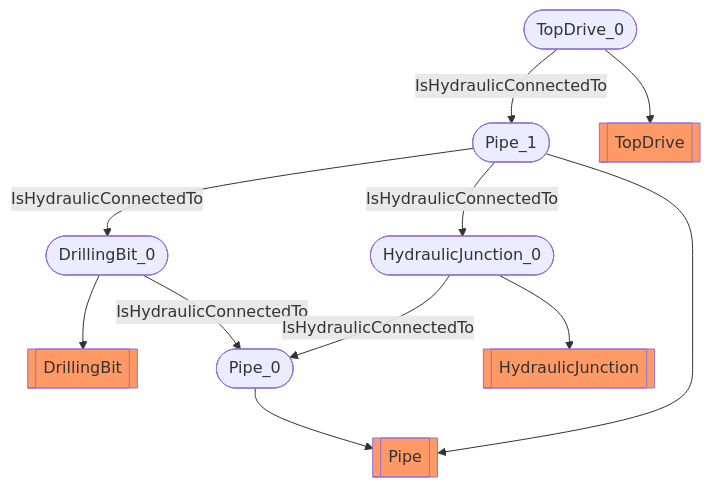
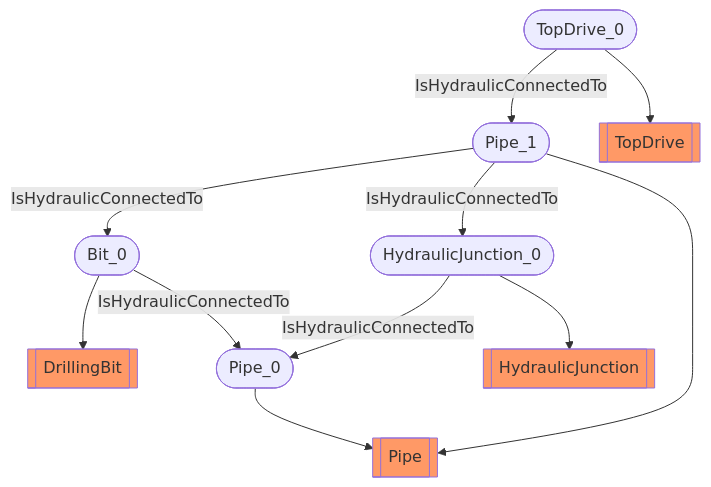
One commit to D-WIS/DDHub-Semantic-Interoperability changed the diagram in docs/vocabulary_development/auto-generated/md/examples/Sub-Surface Hydraulic Circuit.md. Above: the diagram before and after it, drawn with Mermaid. The commit also changed other lines of this file and 36 other files, not shown here.

````diff
--- a/docs/vocabulary_development/auto-generated/md/examples/Sub-Surface Hydraulic Circuit.md
+++ b/docs/vocabulary_development/auto-generated/md/examples/Sub-Surface Hydraulic Circuit.md
@@ -12,15 +12,15 @@
 ```mermaid
 flowchart TD
 	 classDef typeClass fill:#f96;
 	 classDef classClass fill:#9dd0ff;
-	DrillingBit_0([DrillingBit_0]) --> DrillingBit[[DrillingBit]]:::typeClass
+	Bit_0([Bit_0]) --> DrillingBit[[DrillingBit]]:::typeClass
 	Pipe_0([Pipe_0]) --> Pipe[[Pipe]]:::typeClass
 	Pipe_1([Pipe_1]) --> Pipe[[Pipe]]:::typeClass
 	HydraulicJunction_0([HydraulicJunction_0]) --> HydraulicJunction[[HydraulicJunction]]:::typeClass
 	TopDrive_0([TopDrive_0]) --> TopDrive[[TopDrive]]:::typeClass
-	 DrillingBit_0 -- IsHydraulicConnectedTo --> Pipe_0 
-	 Pipe_1 -- IsHydraulicConnectedTo --> DrillingBit_0 
+	 Bit_0 -- IsHydraulicConnectedTo --> Pipe_0 
+	 Pipe_1 -- IsHydraulicConnectedTo --> Bit_0 
 	 Pipe_1 -- IsHydraulicConnectedTo --> HydraulicJunction_0 
 	 TopDrive_0 -- IsHydraulicConnectedTo --> Pipe_1 
 	 HydraulicJunction_0 -- IsHydraulicConnectedTo --> Pipe_0 
 ```
````
